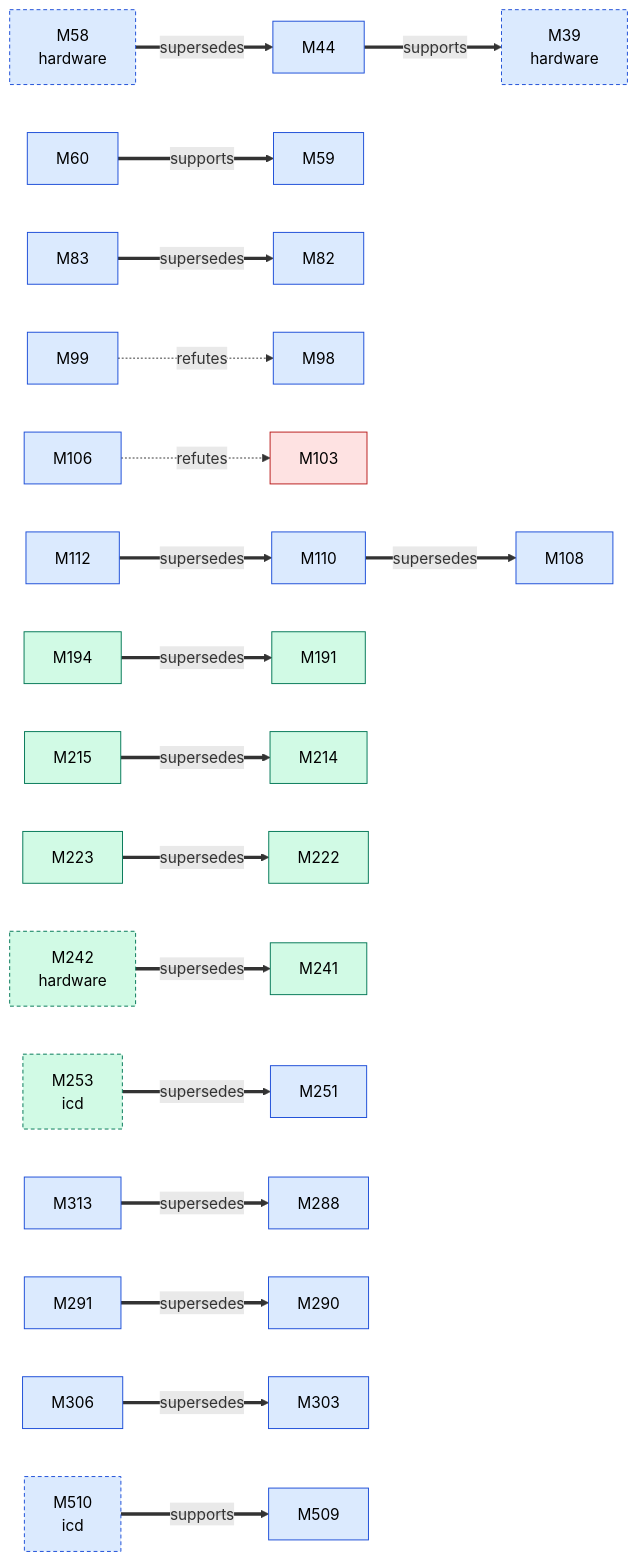
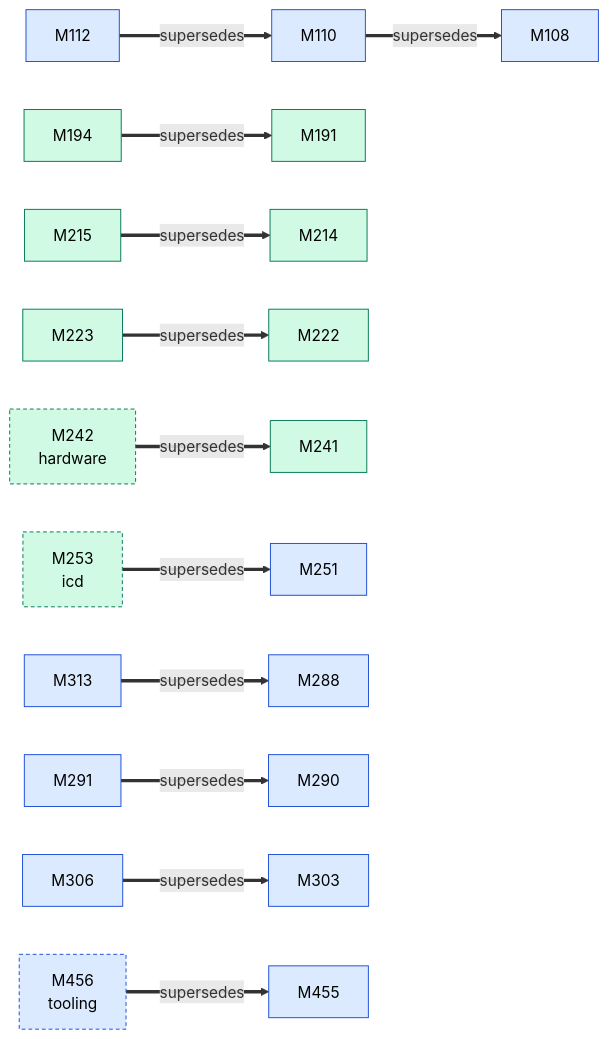
Before and after one commit to D-Ogi/amdgpu-wddm: the first of 3 diagrams in docs/facts/graphs/kmd.md, drawn with Mermaid. The commit also changed other lines of this file and 27 other files, not shown here.

````diff
--- a/docs/facts/graphs/kmd.md
+++ b/docs/facts/graphs/kmd.md
@@ -11,58 +11,41 @@
 ```mermaid
 flowchart LR
-  M39["M39<br/>hardware"]:::MEASURED
-  M44["M44"]:::MEASURED
-  M58["M58<br/>hardware"]:::MEASURED
-  M59["M59"]:::MEASURED
-  M60["M60"]:::MEASURED
-  M82["M82"]:::MEASURED
-  M83["M83"]:::MEASURED
-  M98["M98"]:::MEASURED
-  M99["M99"]:::MEASURED
-  M103["M103"]:::REFUTED
-  M106["M106"]:::MEASURED
   M108["M108"]:::MEASURED
   M110["M110"]:::MEASURED
   M112["M112"]:::MEASURED
   M191["M191"]:::CONFIRMED
   M194["M194"]:::CONFIRMED
   M214["M214"]:::CONFIRMED
   M215["M215"]:::CONFIRMED
   M222["M222"]:::CONFIRMED
   M223["M223"]:::CONFIRMED
   M241["M241"]:::CONFIRMED
   M242["M242<br/>hardware"]:::CONFIRMED
   M251["M251"]:::MEASURED
   M253["M253<br/>icd"]:::CONFIRMED
   M288["M288"]:::MEASURED
   M290["M290"]:::MEASURED
   M291["M291"]:::MEASURED
   M303["M303"]:::MEASURED
   M306["M306"]:::MEASURED
   M313["M313"]:::MEASURED
-  M509["M509"]:::MEASURED
-  M510["M510<br/>icd"]:::MEASURED
-  M58 ==>|supersedes| M44
+  M455["M455"]:::MEASURED
+  M456["M456<br/>tooling"]:::MEASURED
   M242 ==>|supersedes| M241
-  M44 ==>|supports| M39
-  M60 ==>|supports| M59
-  M83 ==>|supersedes| M82
-  M99 -.->|refutes| M98
-  M106 -.->|refutes| M103
   M110 ==>|supersedes| M108
   M112 ==>|supersedes| M110
   M194 ==>|supersedes| M191
   M215 ==>|supersedes| M214
   M223 ==>|supersedes| M222
   M291 ==>|supersedes| M290
   M306 ==>|supersedes| M303
   M313 ==>|supersedes| M288
   M253 ==>|supersedes| M251
-  M510 ==>|supports| M509
+  M456 ==>|supersedes| M455
   classDef HYPOTHESIS fill:#fff3c4,stroke:#9a7b00,color:#000
   classDef MEASURED fill:#dbeafe,stroke:#1d4ed8,color:#000
   classDef CONFIRMED fill:#d1fae5,stroke:#047857,color:#000
   classDef REFUTED fill:#fee2e2,stroke:#b91c1c,color:#000
   classDef other stroke-dasharray:4 3
-  class M39,M58,M242,M253,M510 other
+  class M242,M253,M456 other
 ```
````
